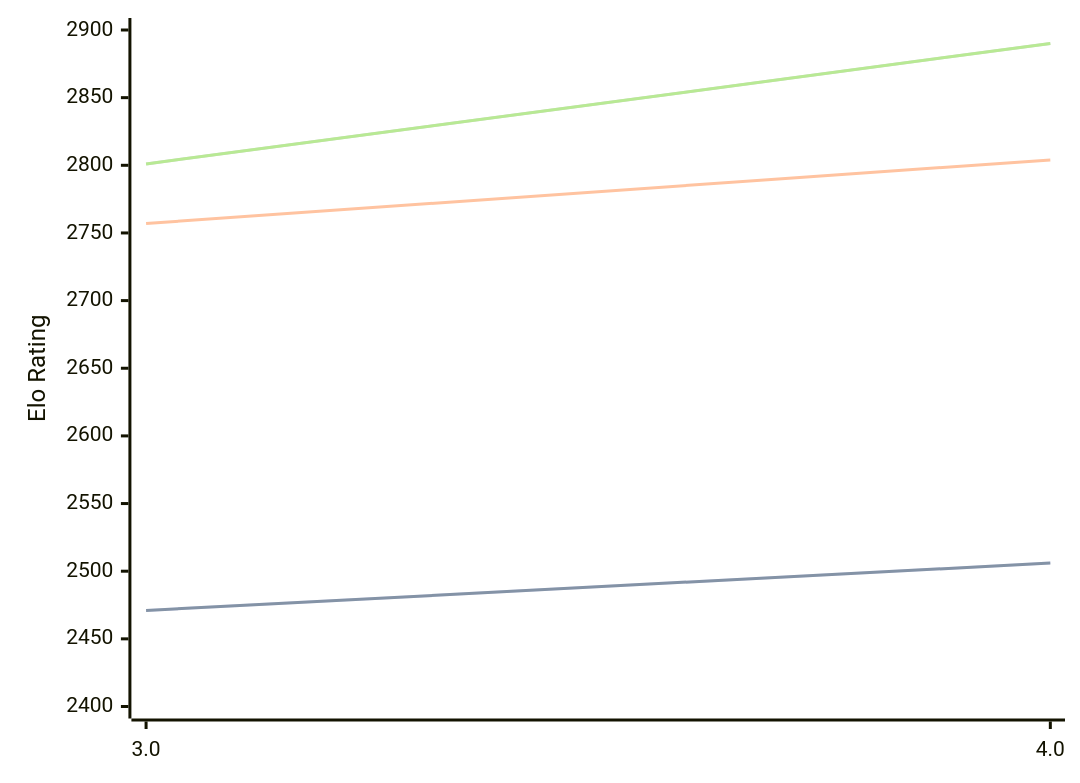
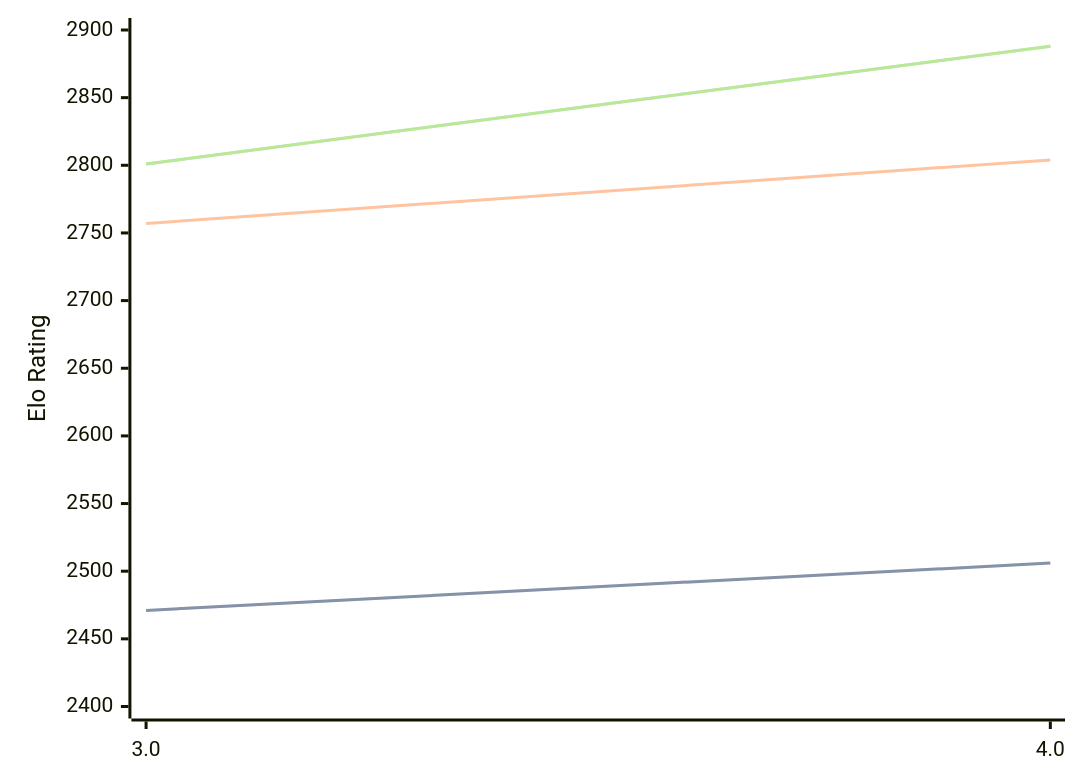
The diagram in engines/Chess3.md (computer-chess-index/cci), drawn with Mermaid before and after one commit. The commit also changed other lines of this file, not shown here.

Commit message:
Update CCI Ratings (ELO VLTC) - 2026-09-11

````diff
--- a/engines/Chess3.md
+++ b/engines/Chess3.md
@@ -32,11 +32,11 @@
 ```mermaid
 %%{init: {"theme":"base","themeVariables":{"seriesColors:['#a3a3a3','#222221','#faa371']}}}%%
 xychart-beta
   x-axis ["3.0", "4.0"]
   y-axis "Elo Rating" 2400 --> 2900
   line "" [2471, 2506]
   line "STC (8.0+0.08s)" [2471, 2506]
   line "LTC (60.0+0.60s)" [2757, 2804]
-  line "" [2801, 2890]
-  line "VLTC (2m24s+1.12s)" [2801, 2890]
+  line "" [2801, 2888]
+  line "VLTC (2m24s+1.12s)" [2801, 2888]
 ```
````
